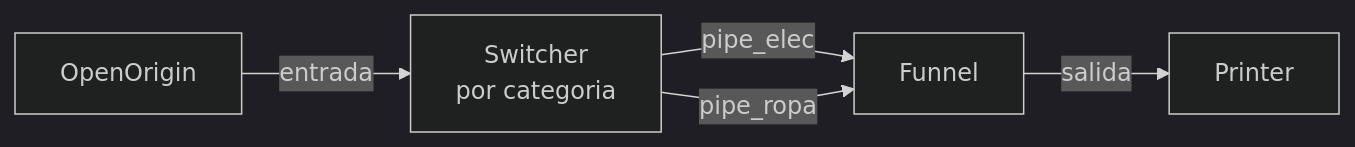
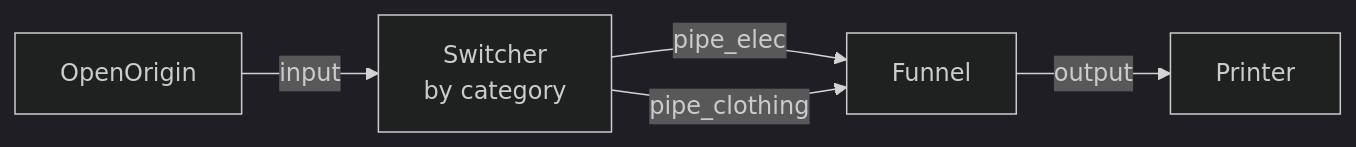
The third of 3 diagrams in README.md (bernardo-colorado-dubois/open-stage), drawn with Mermaid (dark theme) before and after one commit. The commit also changed other lines of this file and 1 other file, not shown here.

````diff
--- a/README.md
+++ b/README.md
@@ -233,7 +233,7 @@
 ```mermaid
 graph LR
-    A[OpenOrigin] -->|entrada| B[Switcher<br/>por categoria]
+    A[OpenOrigin] -->|input| B[Switcher<br/>by category]
     B -->|pipe_elec| C[Funnel]
-    B -->|pipe_ropa| C
-    C -->|salida| D[Printer]
+    B -->|pipe_clothing| C
+    C -->|output| D[Printer]
 ```
````
